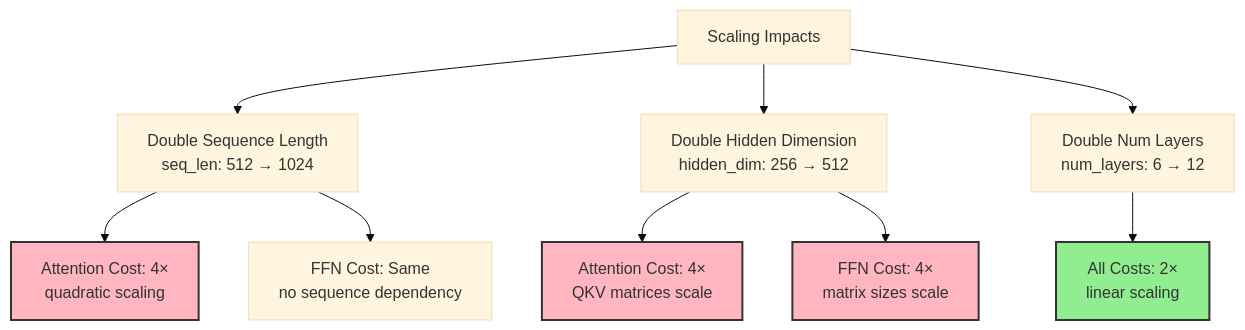
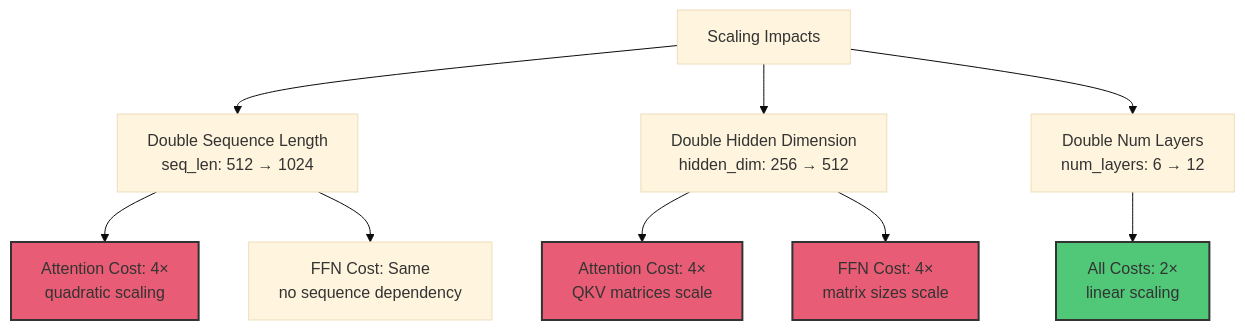
Before and after one commit to tenstorrent/tt-vscode-toolkit: diagram 11 of 13 in content/lessons/ct7-architecture-basics.md, drawn with Mermaid (base theme). The commit also changed other lines of this file and 9 other files, not shown here.

````diff
--- a/content/lessons/ct7-architecture-basics.md
+++ b/content/lessons/ct7-architecture-basics.md
@@ -604,18 +604,18 @@
 ```mermaid
 graph TD
     A[Scaling Impacts] --> B[Double Sequence Length<br/>seq_len: 512 → 1024]
     B --> B1[Attention Cost: 4×<br/>quadratic scaling]
     B --> B2[FFN Cost: Same<br/>no sequence dependency]
 
     A --> C[Double Hidden Dimension<br/>hidden_dim: 256 → 512]
     C --> C1[Attention Cost: 4×<br/>QKV matrices scale]
     C --> C2[FFN Cost: 4×<br/>matrix sizes scale]
 
     A --> D[Double Num Layers<br/>num_layers: 6 → 12]
     D --> D1[All Costs: 2×<br/>linear scaling]
 
-    style B1 fill:#FFB6C1,stroke:#333,stroke-width:2px
-    style C1 fill:#FFB6C1,stroke:#333,stroke-width:2px
-    style C2 fill:#FFB6C1,stroke:#333,stroke-width:2px
-    style D1 fill:#90EE90,stroke:#333,stroke-width:2px
+    style B1 fill:#E85D75,stroke:#333,stroke-width:2px
+    style C1 fill:#E85D75,stroke:#333,stroke-width:2px
+    style C2 fill:#E85D75,stroke:#333,stroke-width:2px
+    style D1 fill:#50C878,stroke:#333,stroke-width:2px
 ```
````
